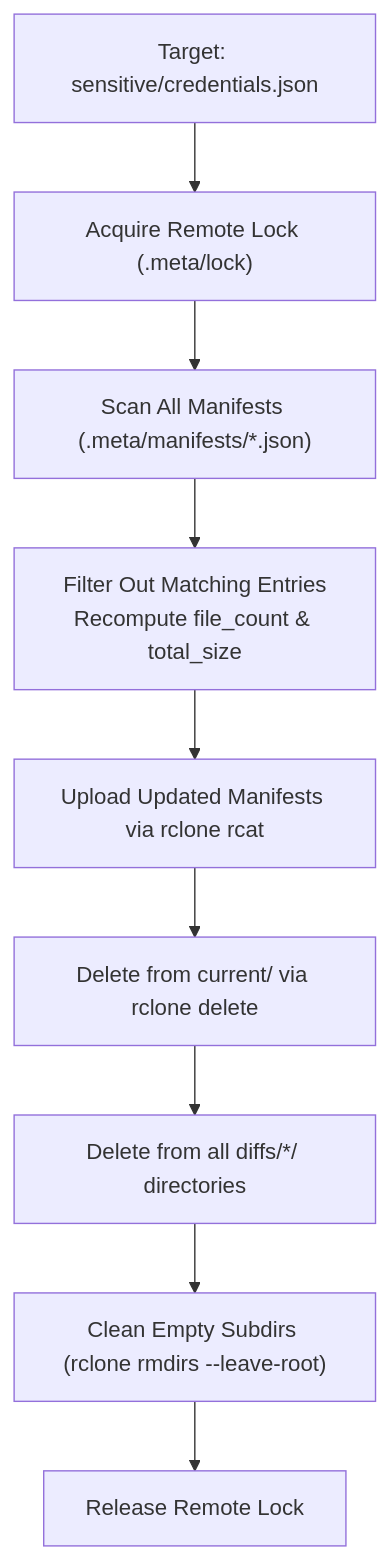
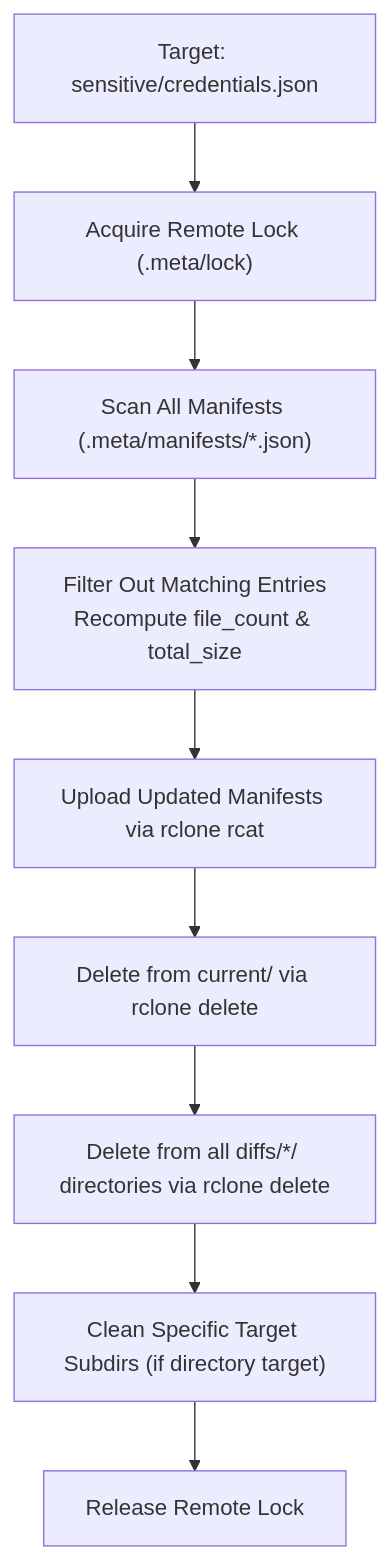
The fourth of 5 diagrams in docs/developer.md (shabeer/incr_backup), drawn with Mermaid before and after one commit. The commit also changed other lines of this file and 8 other files, not shown here.

````diff
--- a/docs/developer.md
+++ b/docs/developer.md
@@ -630,11 +630,11 @@
 ```mermaid
 flowchart TD
     A["Target: sensitive/credentials.json"] --> B["Acquire Remote Lock (.meta/lock)"]
     B --> C["Scan All Manifests (.meta/manifests/*.json)"]
     C --> D["Filter Out Matching Entries<br/>Recompute file_count & total_size"]
     D --> E["Upload Updated Manifests via rclone rcat"]
     E --> F["Delete from current/ via rclone delete"]
-    F --> G["Delete from all diffs/*/ directories"]
-    G --> H["Clean Empty Subdirs (rclone rmdirs --leave-root)"]
+    F --> G["Delete from all diffs/*/ directories via rclone delete"]
+    G --> H["Clean Specific Target Subdirs (if directory target)"]
     H --> I["Release Remote Lock"]
 ```
````
